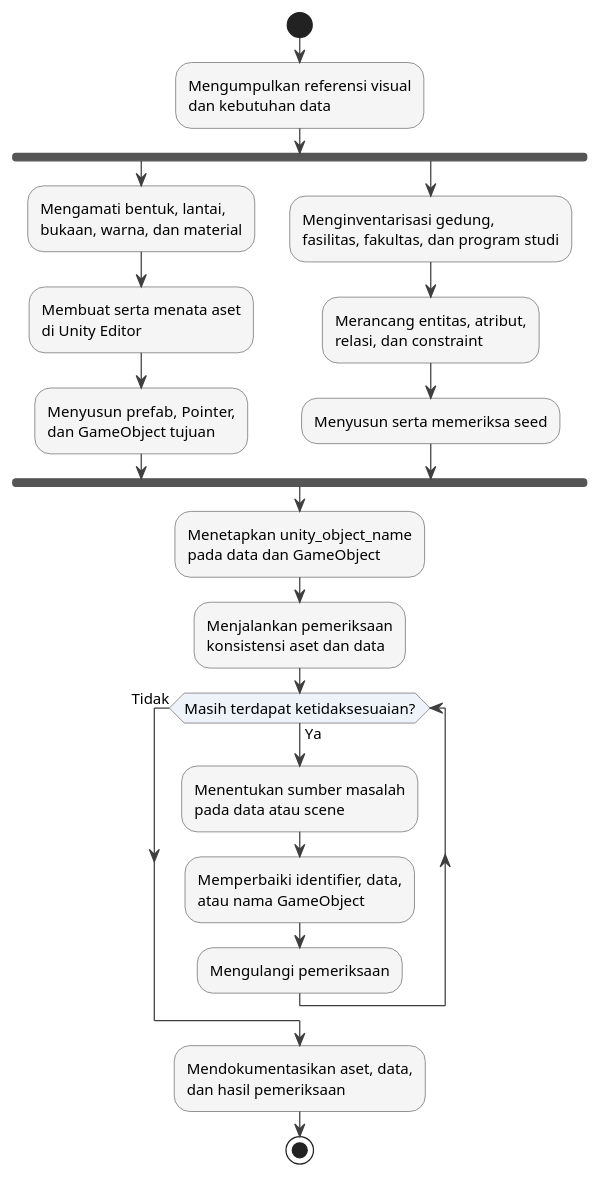
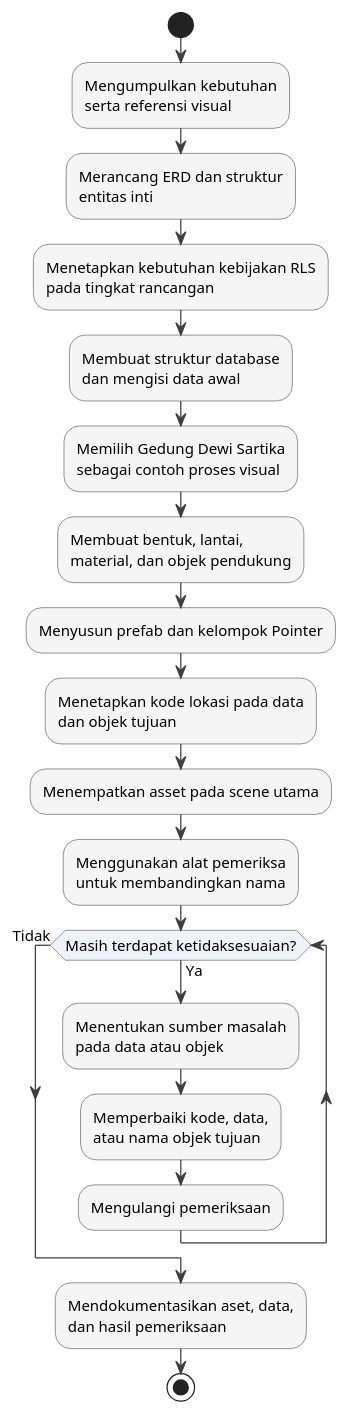
One commit to Jokskuyy/workflow-ta-proyek changed the diagram in diagrams/gambar-2.10-tahap-pengembangan.puml. Above: the diagram before and after it, drawn with PlantUML. The commit also changed 76 other files, not shown here.

```diff
--- a/diagrams/gambar-2.10-tahap-pengembangan.puml
+++ b/diagrams/gambar-2.10-tahap-pengembangan.puml
@@ -1,38 +1,34 @@
 @startuml gambar-2-10-alur-perancangan-aset-data
 
 skinparam backgroundColor #FFFFFF
 skinparam shadowing false
 skinparam defaultFontName "Times New Roman"
 skinparam defaultFontSize 12
 skinparam ArrowColor #3F3F3F
 skinparam ActivityBorderColor #555555
 skinparam ActivityBackgroundColor #F5F5F5
 skinparam ActivityDiamondBackgroundColor #EDF3F8
 skinparam ActivityDiamondBorderColor #555555
 
 start
-:Mengumpulkan referensi visual\ndan kebutuhan data;
-
-fork
-  :Mengamati bentuk, lantai,\nbukaan, warna, dan material;
-  :Membuat serta menata aset\ndi Unity Editor;
-  :Menyusun prefab, Pointer,\ndan GameObject tujuan;
-fork again
-  :Menginventarisasi gedung,\nfasilitas, fakultas, dan program studi;
-  :Merancang entitas, atribut,\nrelasi, dan constraint;
-  :Menyusun serta memeriksa seed;
-end fork
-
-:Menetapkan unity_object_name\npada data dan GameObject;
-:Menjalankan pemeriksaan\nkonsistensi aset dan data;
+:Mengumpulkan kebutuhan\nserta referensi visual;
+:Merancang ERD dan struktur\nentitas inti;
+:Menetapkan kebutuhan kebijakan RLS\npada tingkat rancangan;
+:Membuat struktur database\ndan mengisi data awal;
+:Memilih Gedung Dewi Sartika\nsebagai contoh proses visual;
+:Membuat bentuk, lantai,\nmaterial, dan objek pendukung;
+:Menyusun prefab dan kelompok Pointer;
+:Menetapkan kode lokasi pada data\ndan objek tujuan;
+:Menempatkan asset pada scene utama;
+:Menggunakan alat pemeriksa\nuntuk membandingkan nama;
 
 while (Masih terdapat ketidaksesuaian?) is (Ya)
-  :Menentukan sumber masalah\npada data atau scene;
-  :Memperbaiki identifier, data,\natau nama GameObject;
+  :Menentukan sumber masalah\npada data atau objek;
+  :Memperbaiki kode, data,\natau nama objek tujuan;
   :Mengulangi pemeriksaan;
 endwhile (Tidak)
 
 :Mendokumentasikan aset, data,\ndan hasil pemeriksaan;
 stop
 
 @enduml
```
